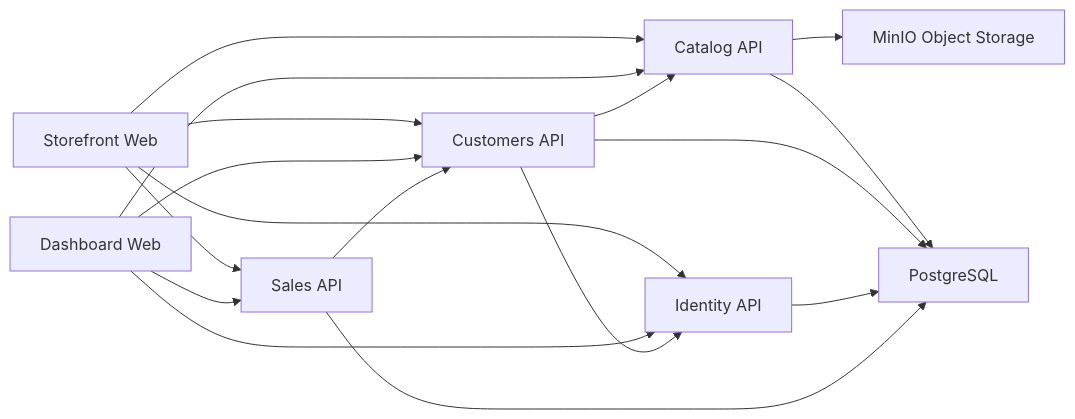
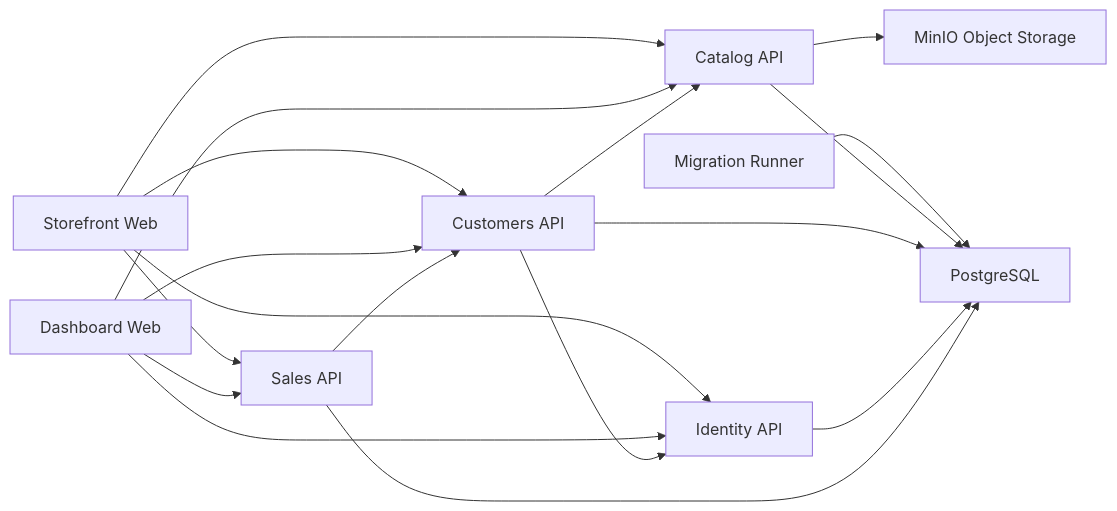
The diagram in README.md (draganovik/matterway), drawn with Mermaid before and after one commit. The commit also changed other lines of this file, not shown here.

First line of the commit message:
Update README: architecture and dev workflow

````diff
--- a/README.md
+++ b/README.md
@@ -12,22 +29,23 @@
-```mermaid
+``` mermaid
 flowchart LR
   Storefront["Storefront Web"] --> Catalog["Catalog API"]
   Storefront --> Customers["Customers API"]
   Storefront --> Identity["Identity API"]
   Storefront --> Sales["Sales API"]
 
   Dashboard["Dashboard Web"] --> Catalog
   Dashboard --> Customers
   Dashboard --> Identity
   Dashboard --> Sales
 
   Customers --> Catalog
   Customers --> Identity
   Sales --> Customers
 
+  Migrations["Migration Runner"] --> Postgres
   Catalog --> Minio["MinIO Object Storage"]
   Catalog --> Postgres["PostgreSQL"]
   Customers --> Postgres
   Identity --> Postgres
   Sales --> Postgres
 ```
````
